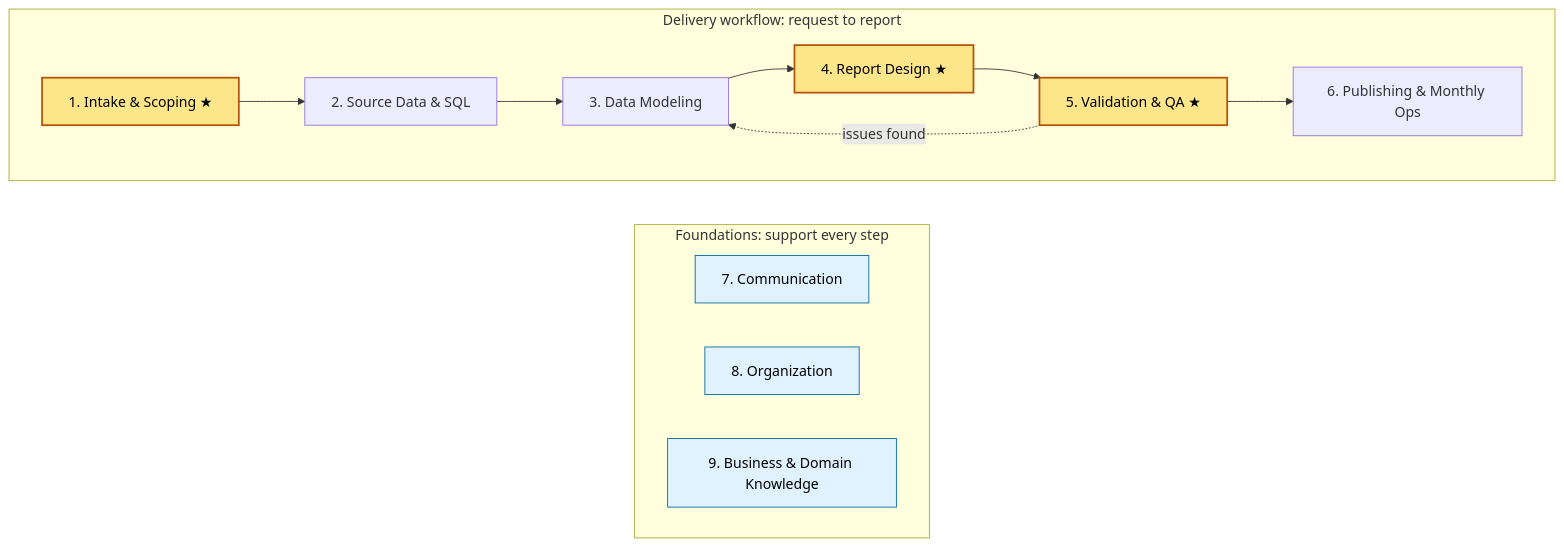
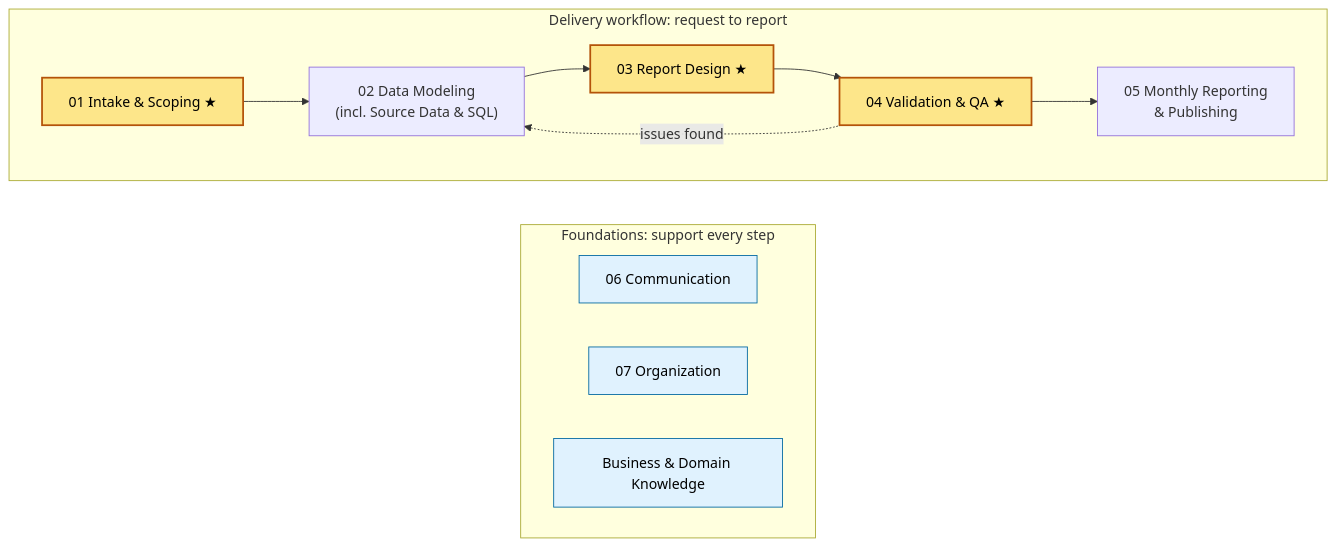
Before and after one commit to Michael-Kozlowski/Data-Science-Analytics-Playbook: the diagram in Role Expertise Map.md, drawn with Mermaid. The commit also changed other lines of this file, not shown here.

````diff
--- a/Role Expertise Map.md
+++ b/Role Expertise Map.md
@@ -11,26 +13,25 @@
 ```mermaid
 flowchart TB
     subgraph CORE["Delivery workflow: request to report"]
         direction LR
-        A["1. Intake & Scoping ★"] --> B["2. Source Data & SQL"]
-        B --> C["3. Data Modeling"]
-        C --> D["4. Report Design ★"]
-        D --> E["5. Validation & QA ★"]
-        E --> F["6. Publishing & Monthly Ops"]
-        E -. "issues found" .-> C
+        A["01 Intake & Scoping ★"] --> B["02 Data Modeling<br/>(incl. Source Data & SQL)"]
+        B --> C["03 Report Design ★"]
+        C --> D["04 Validation & QA ★"]
+        D --> E["05 Monthly Reporting<br/>& Publishing"]
+        D -. "issues found" .-> B
     end
 
     subgraph FOUND["Foundations: support every step"]
         direction LR
-        G["7. Communication"]
-        H["8. Organization"]
-        I["9. Business & Domain Knowledge"]
+        F["06 Communication"]
+        G["07 Organization"]
+        H["Business & Domain Knowledge"]
     end
 
     CORE ~~~ FOUND
 
     classDef priority fill:#fde68a,stroke:#b45309,stroke-width:2px,color:#000
     classDef foundation fill:#e0f2fe,stroke:#0369a1,color:#000
-    class A,D,E priority
-    class G,H,I foundation
+    class A,C,D priority
+    class F,G,H foundation
 ```
````
